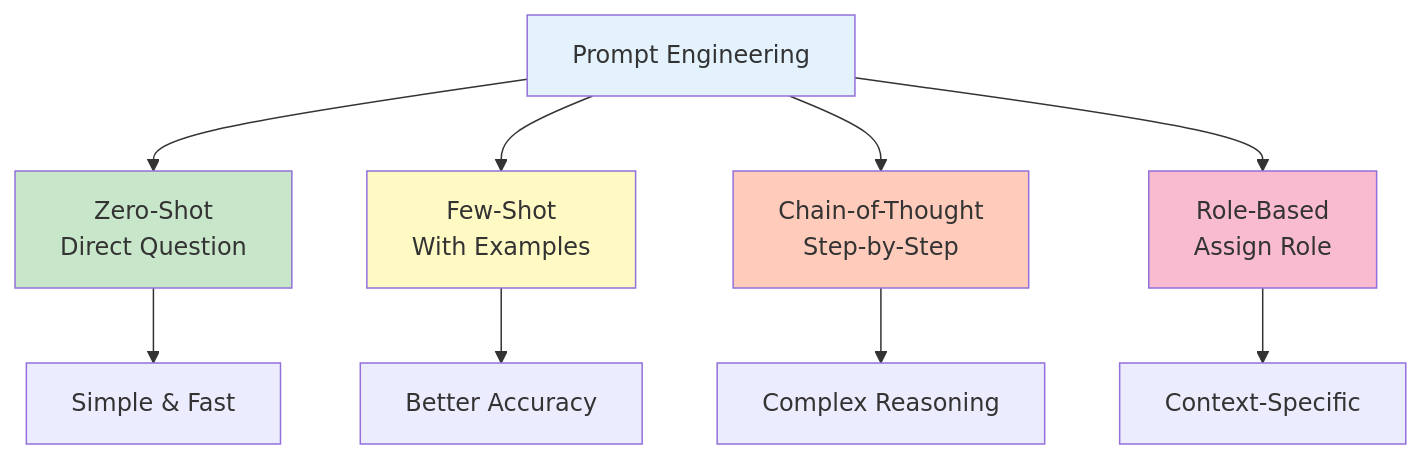
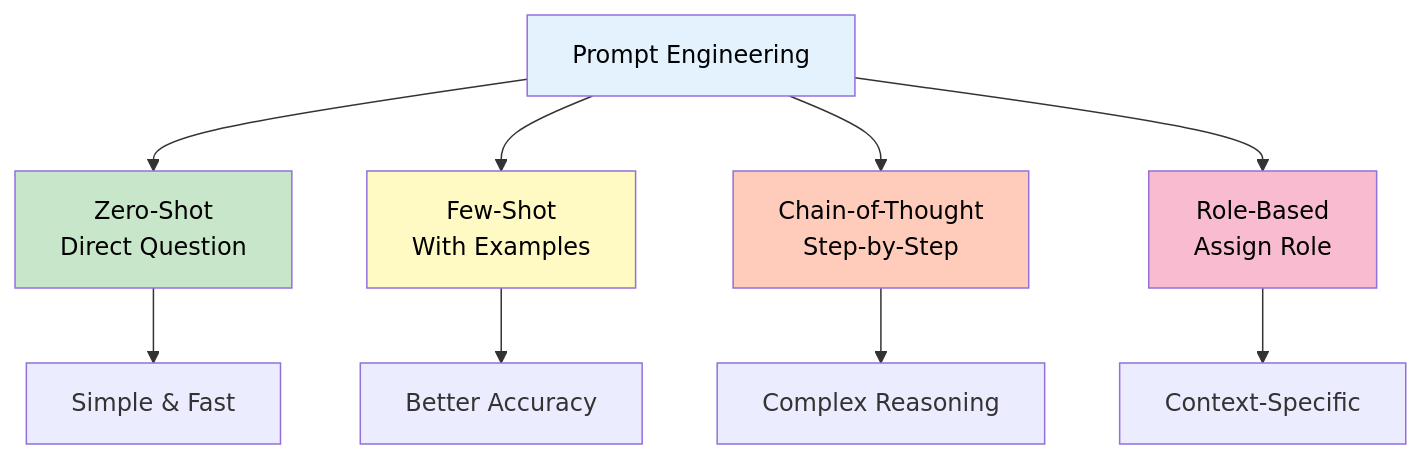
The first of 3 diagrams in docs/session_1/6_ai_basics_security.md (iNavLabsResearch/ai_starter), drawn with Mermaid before and after one commit. The commit also changed other lines of this file and 8 other files, not shown here.

First line of the commit message:
Fix Mermaid diagram text visibility - set all text to black

````diff
--- a/docs/session_1/6_ai_basics_security.md
+++ b/docs/session_1/6_ai_basics_security.md
@@ -26,18 +26,18 @@
 ```mermaid
 graph TD
     A[Prompt Engineering] --> B[Zero-Shot<br/>Direct Question]
     A --> C[Few-Shot<br/>With Examples]
     A --> D[Chain-of-Thought<br/>Step-by-Step]
     A --> E[Role-Based<br/>Assign Role]
     
     B --> F[Simple & Fast]
     C --> G[Better Accuracy]
     D --> H[Complex Reasoning]
     E --> I[Context-Specific]
     
-    style A fill:#e3f2fd
-    style B fill:#c8e6c9
-    style C fill:#fff9c4
-    style D fill:#ffccbc
-    style E fill:#f8bbd0
+    style A fill:#e3f2fd,color:#000000
+    style B fill:#c8e6c9,color:#000000
+    style C fill:#fff9c4,color:#000000
+    style D fill:#ffccbc,color:#000000
+    style E fill:#f8bbd0,color:#000000
 ```
````
